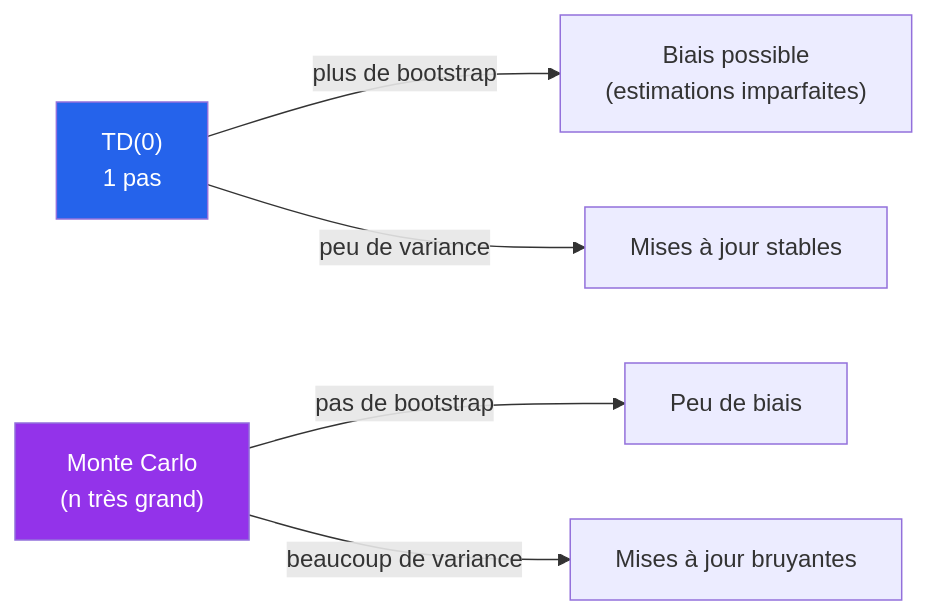
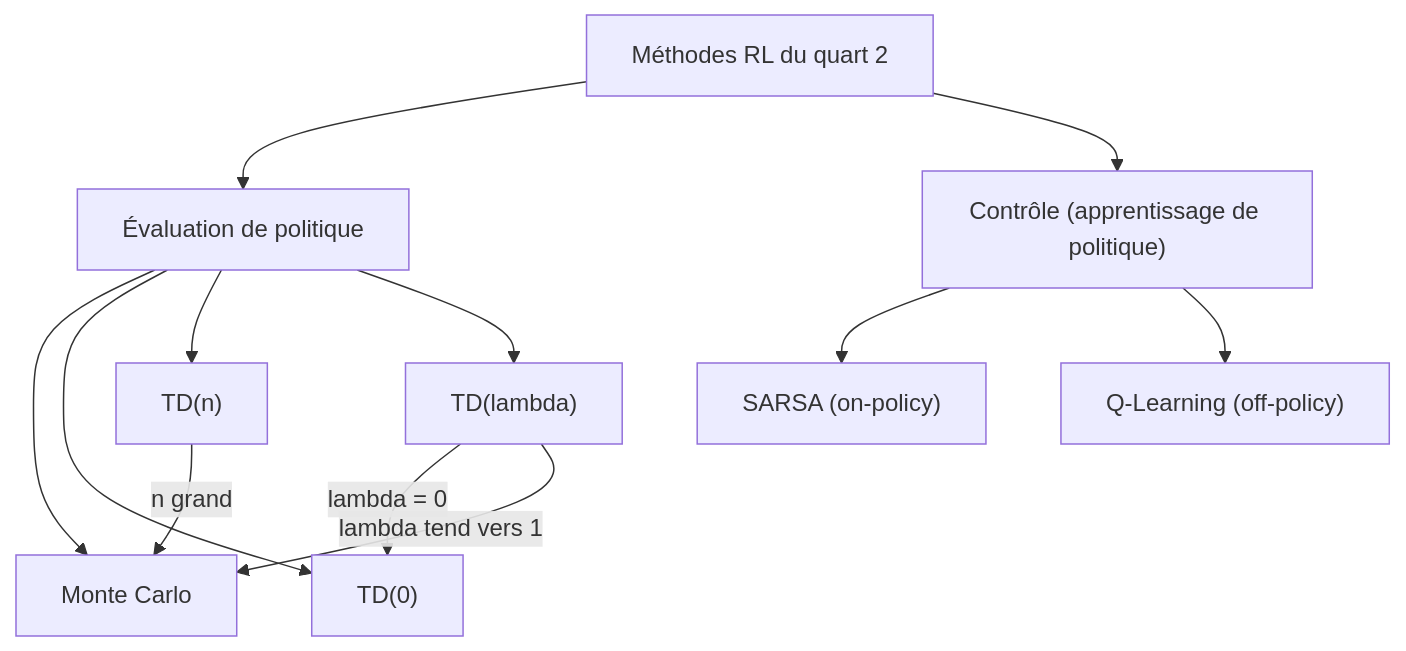
One commit to inskillflow/apprentissage-par-renforcement-fr changed the second of 4 diagrams in 17-Chapitre17-Theorie-TD-Learning-Complet.md. Above: the diagram before and after it, drawn with Mermaid. The commit also changed other lines of this file, not shown here.

````diff
--- a/17-Chapitre17-Theorie-TD-Learning-Complet.md
+++ b/17-Chapitre17-Theorie-TD-Learning-Complet.md
@@ -659,9 +1759,14 @@
 ```mermaid
-flowchart LR
-    TD0["TD(0)<br/>1 pas"] -->|"plus de bootstrap"| BIAIS["Biais possible<br/>(estimations imparfaites)"]
-    TD0 -->|"peu de variance"| FAIBLE["Mises à jour stables"]
-    MC["Monte Carlo<br/>(n très grand)"] -->|"pas de bootstrap"| NEUTRE["Peu de biais"]
-    MC -->|"beaucoup de variance"| INSTAB["Mises à jour bruyantes"]
-    style TD0 fill:#2563eb,color:#fff
-    style MC fill:#9333ea,color:#fff
+flowchart TB
+    RL["Méthodes RL du quart 2"] --> EVAL["Évaluation de politique"]
+    RL --> CTRL["Contrôle (apprentissage de politique)"]
+    EVAL --> MC["Monte Carlo"]
+    EVAL --> TD0["TD(0)"]
+    EVAL --> TDN["TD(n)"]
+    EVAL --> TDL["TD(lambda)"]
+    CTRL --> SARSA["SARSA (on-policy)"]
+    CTRL --> QL["Q-Learning (off-policy)"]
+    TDL -->|"lambda = 0"| TD0
+    TDL -->|"lambda tend vers 1"| MC
+    TDN -->|"n grand"| MC
 ```
````
